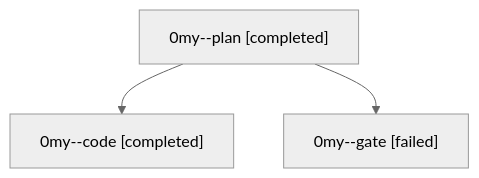
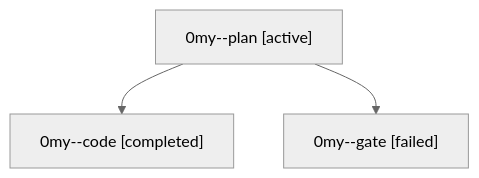
The diagram in families/bbugyi200.athena.0my.md (sase-org/sase--agents), drawn with Mermaid (neutral theme) before and after one commit. The commit also changed other lines of this file and 35830 other files, not shown here.

````diff
--- a/families/bbugyi200.athena.0my.md
+++ b/families/bbugyi200.athena.0my.md
@@ -9,8 +9,8 @@
 ```mermaid
 flowchart TD
-  n0["0my--plan [completed]"]
+  n0["0my--plan [active]"]
   n1["0my--code [completed]"]
   n0 --> n1
   n2["0my--gate [failed]"]
   n0 --> n2
 ```
````
